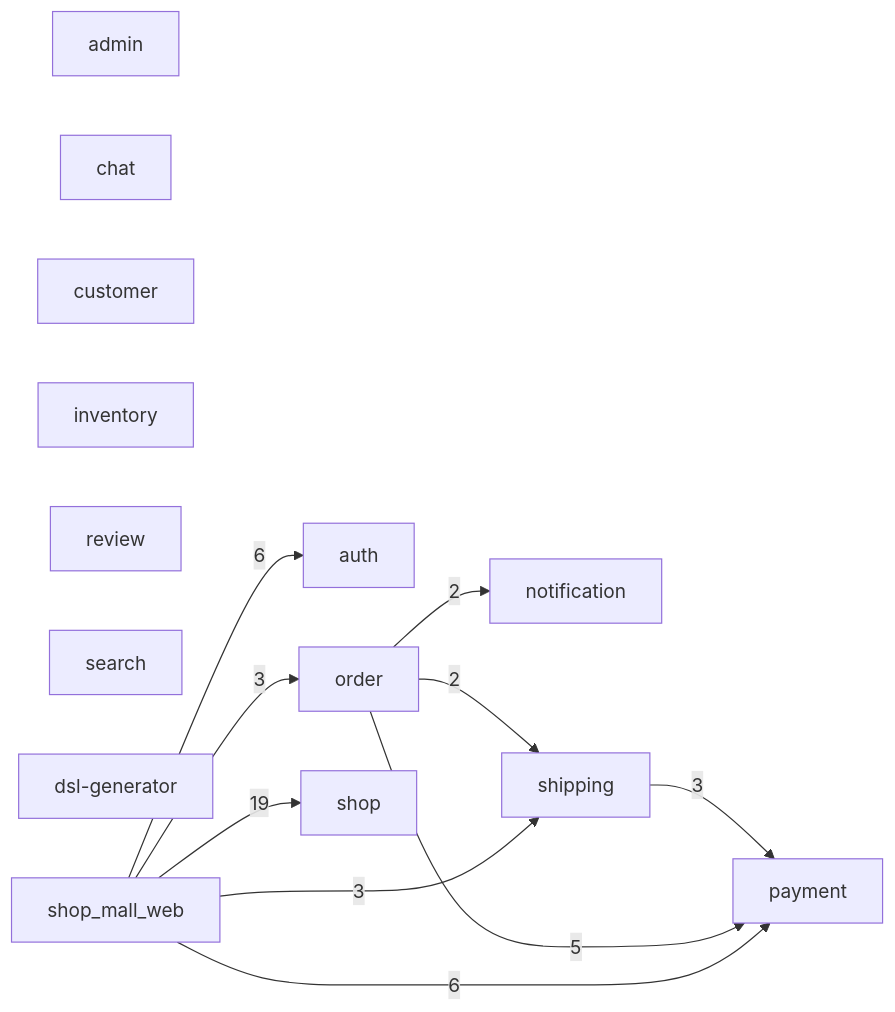
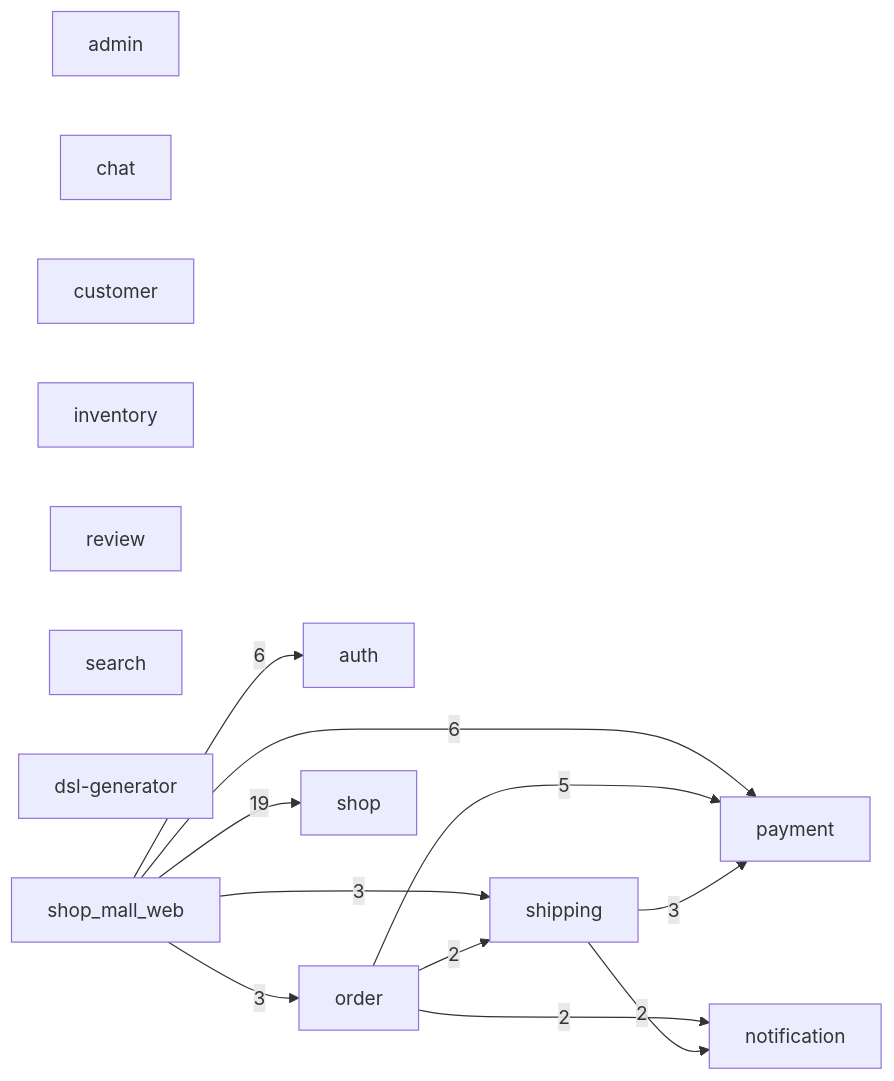
One commit to makoto-developer/go_microservice_example changed the diagram in ARCHITECTURE.md. Above: the diagram before and after it, drawn with Mermaid. The commit also changed other lines of this file and 6 other files, not shown here.

````diff
--- a/ARCHITECTURE.md
+++ b/ARCHITECTURE.md
@@ -10,26 +10,27 @@
 ```mermaid
 graph LR
   s0["admin"]
   s1["auth"]
   s2["chat"]
   s3["customer"]
   s4["inventory"]
   s5["notification"]
   s6["order"]
   s7["payment"]
   s8["review"]
   s9["search"]
   s10["shipping"]
   s11["shop"]
   s12["dsl-generator"]
   s13["shop_mall_web"]
   s13 -->|"19"| s11
   s13 -->|"6"| s7
   s13 -->|"6"| s1
   s6 -->|"5"| s7
   s10 -->|"3"| s7
   s13 -->|"3"| s10
   s13 -->|"3"| s6
   s6 -->|"2"| s5
   s6 -->|"2"| s10
+  s10 -->|"2"| s5
 ```
````
